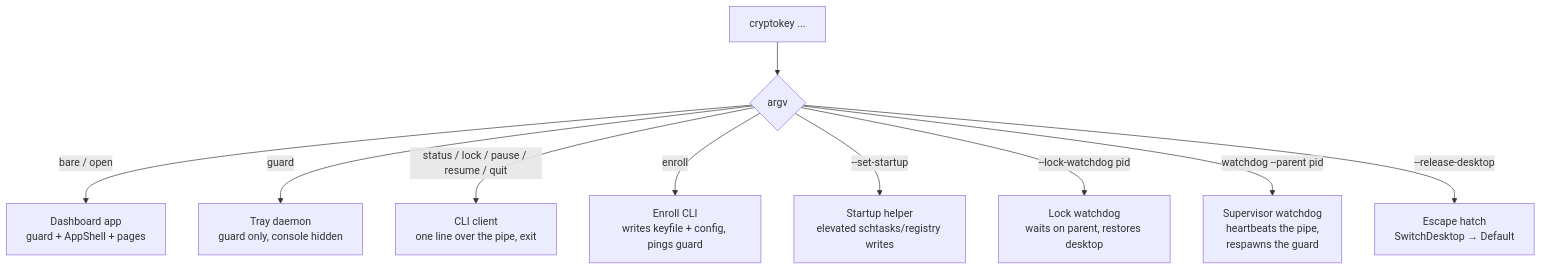
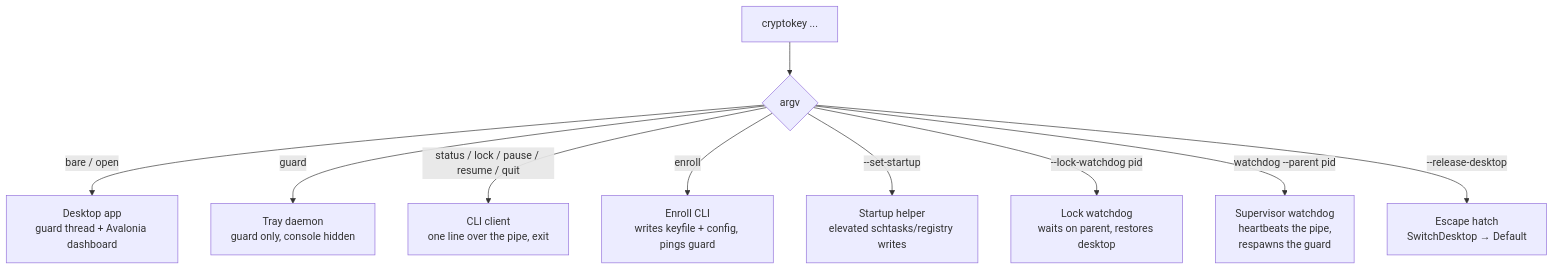
The first of 2 diagrams in docs/architecture.md (Alby2007/CryptoKey), drawn with Mermaid before and after one commit. The commit also changed other lines of this file and 30 other files, not shown here.

````diff
--- a/docs/architecture.md
+++ b/docs/architecture.md
@@ -9,12 +9,12 @@
 ```mermaid
 flowchart TD
     A[cryptokey ...] --> B{argv}
-    B -->|"bare / open"| GUI["Dashboard app<br/>guard + AppShell + pages"]
+    B -->|"bare / open"| GUI["Desktop app<br/>guard thread + Avalonia dashboard"]
     B -->|"guard"| GRD["Tray daemon<br/>guard only, console hidden"]
     B -->|"status / lock / pause / resume / quit"| CLI["CLI client<br/>one line over the pipe, exit"]
     B -->|"enroll"| ENR["Enroll CLI<br/>writes keyfile + config, pings guard"]
     B -->|"--set-startup"| SUH["Startup helper<br/>elevated schtasks/registry writes"]
     B -->|"--lock-watchdog pid"| WD["Lock watchdog<br/>waits on parent, restores desktop"]
     B -->|"watchdog --parent pid"| PWD["Supervisor watchdog<br/>heartbeats the pipe,<br/>respawns the guard"]
     B -->|"--release-desktop"| RD["Escape hatch<br/>SwitchDesktop → Default"]
 ```
````
